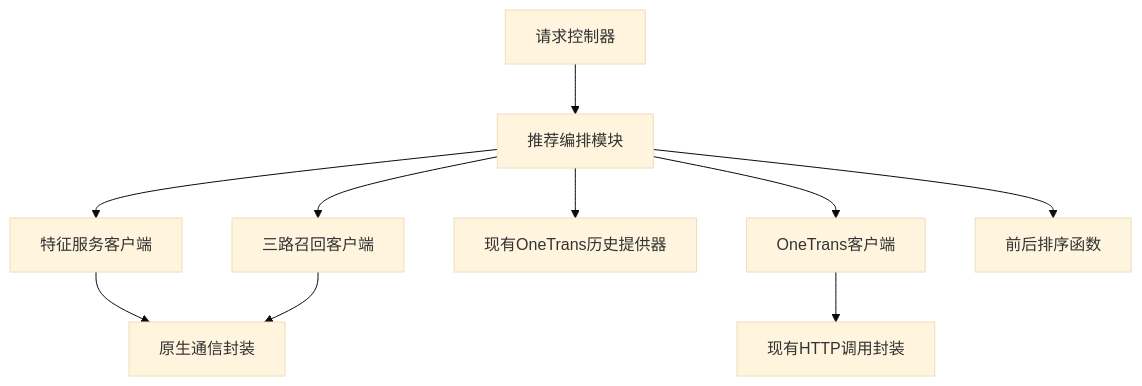
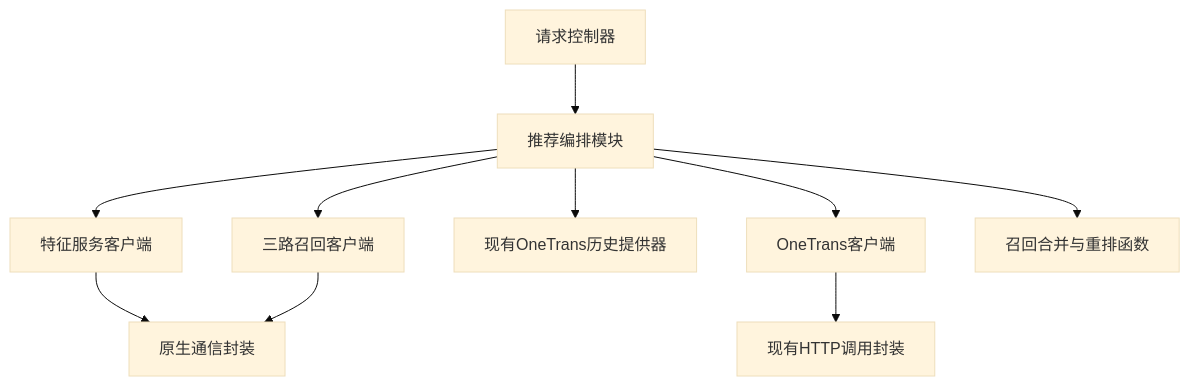
One commit to bitianyuan123/docs changed the diagram in diagrams/03_pairec_orchestration_03.mmd. Above: the diagram before and after it, drawn with Mermaid (base theme). The commit also changed 84 other files, not shown here.

```diff
--- a/diagrams/03_pairec_orchestration_03.mmd
+++ b/diagrams/03_pairec_orchestration_03.mmd
@@ -1,10 +1,10 @@
 flowchart TB
     Controller[请求控制器] --> Engine[推荐编排模块]
     Engine --> Feature[特征服务客户端]
     Engine --> Recall[三路召回客户端]
     Engine --> History[现有OneTrans历史提供器]
     Engine --> Ranking[OneTrans客户端]
-    Engine --> Rules[前后排序函数]
+    Engine --> Rules[召回合并与重排函数]
     Feature --> Transport[原生通信封装]
     Recall --> Transport
     Ranking --> Http[现有HTTP调用封装]
```
